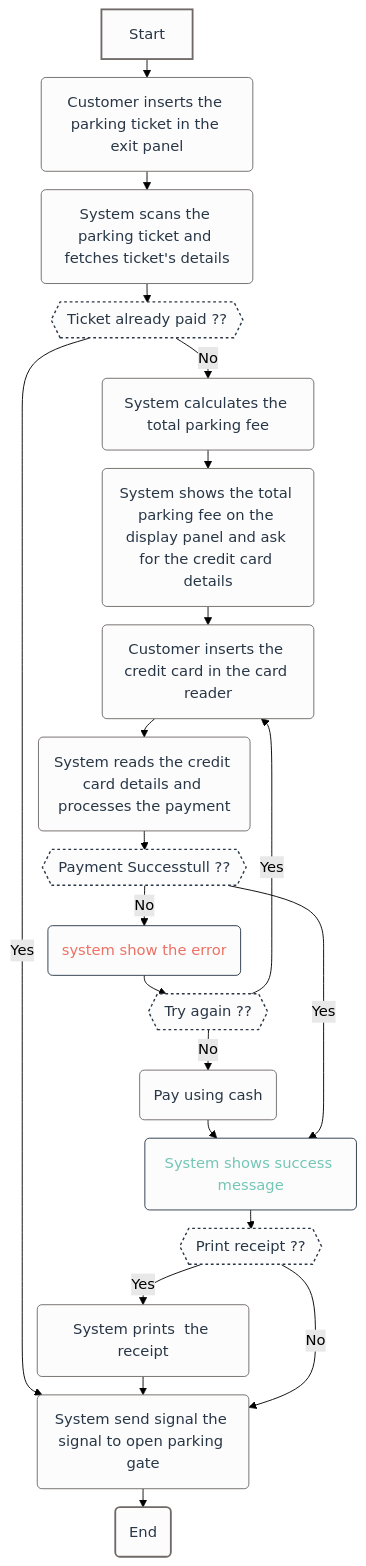
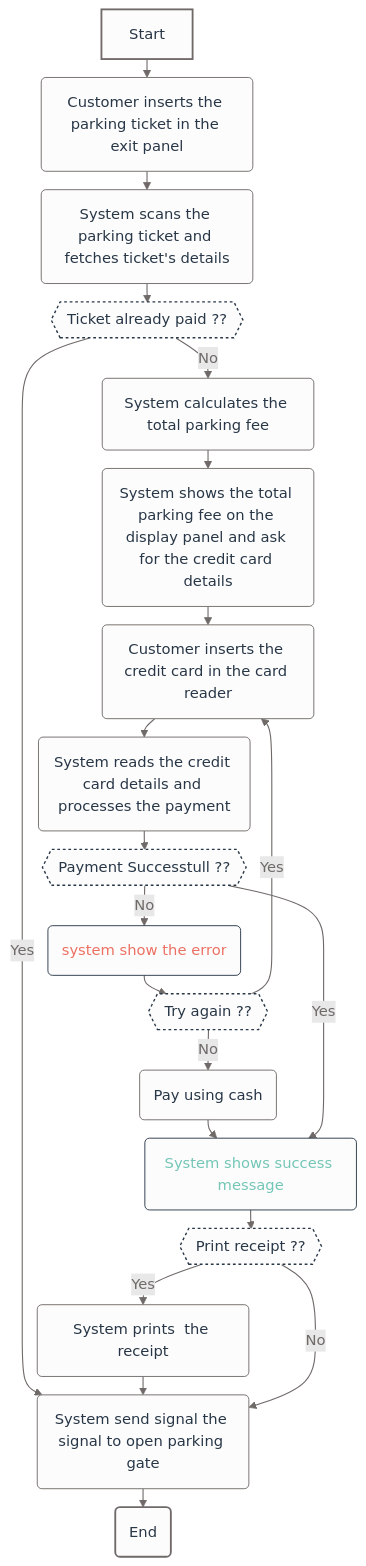
The second of 2 diagrams in Parking Lot/readme.md (piyushmani/grokking-the-object-oriented-design-interview), drawn with Mermaid before and after one commit.

````diff
--- a/Parking Lot/readme.md
+++ b/Parking Lot/readme.md
@@ -162,41 +162,42 @@
 ```mermaid
 
 %%{init: { "theme": "forest","flowchart": {"nodeSpacing":10, "rankSpacing":20,"curve": "basic","useMaxWidth":true}} }%%
 flowchart TD
     A[Start] --> B
     B(Customer inserts the parking ticket in the exit panel) --> C
     C(System scans the parking ticket and fetches ticket's details) --> D{{Ticket already paid ??}}
     E(System calculates the total parking fee)
     F(System shows the total parking fee on the display panel and ask for the credit card details)
     G(Customer inserts the credit card in the card reader)
     H(System reads the credit card details and processes the payment)
     I{{Payment Successtull ??}}
     J(system show the error)
     K{{Try again ??}}
     L(System shows success message)
     M{{Print receipt ??}}
     N(System prints  the receipt)
     O(Pay using cash)
 
     D -->|Yes| Y
     D --> |No| E --> F --> G --> H -->I
     I --> |No| J --> K
     K --> |Yes| G
     K --> |No| O --> L
     I --> |Yes|L --> M
     M -->|Yes| N --> Y
     M --> |No| Y
     Y(System send signal the signal to open parking gate) --> Z(End)
     
     classDef se fill:#FDFCFC, color:#283747,stroke:#6F6A68,stroke-width:2px
     classDef normal fill:#FDFCFC, color:#283747,stroke:#6F6A68,stroke-width:1px
     classDef question fill:#FDFCFC, color:#283747,stroke:#283747,stroke-width:1.5px,stroke-dasharray:3
     classDef success fill:#FDFCFC, color:#73C6B6,stroke:#283747
     classDef error fill:#FDFCFC, color:#EC7063 ,stroke:#283747
     class A,Z se
     class B,C,E,F,G,H,N,Y,O normal
     class D,I,M,K question
     class L success
     class J error
+    linkStyle 0,1,2,3,4,5,6,7,8,9,10,11,12,13,14,15,16,17,18,19 stroke:#6F6A68,stroke-width:1.2px,color:#6F6A68
  
  ```
````
